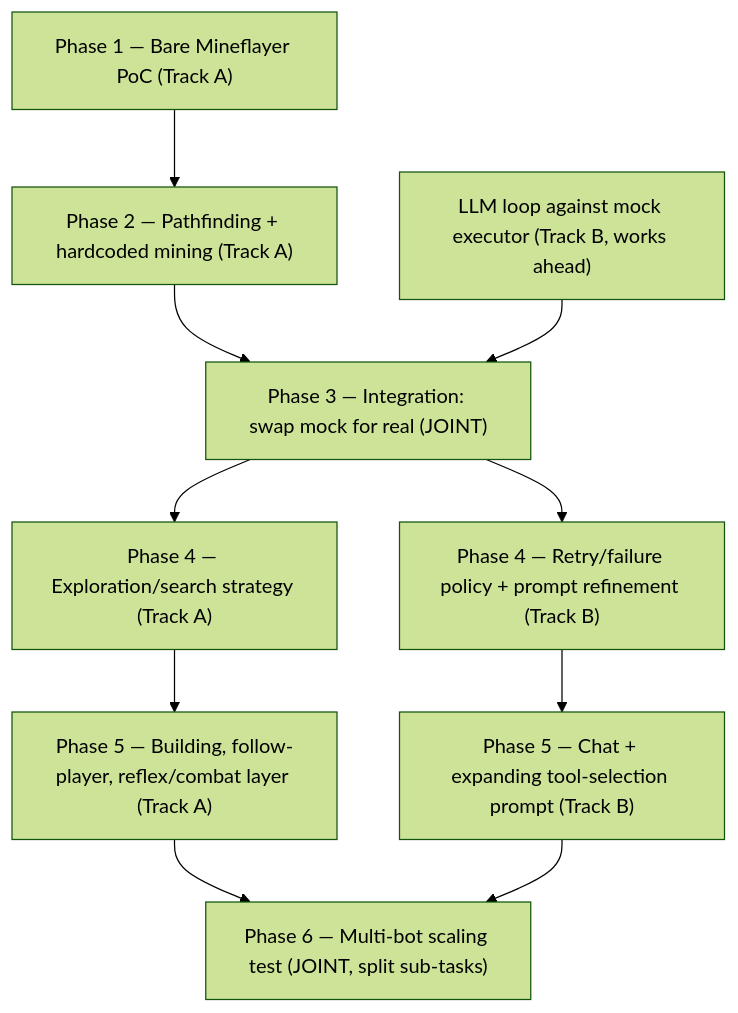
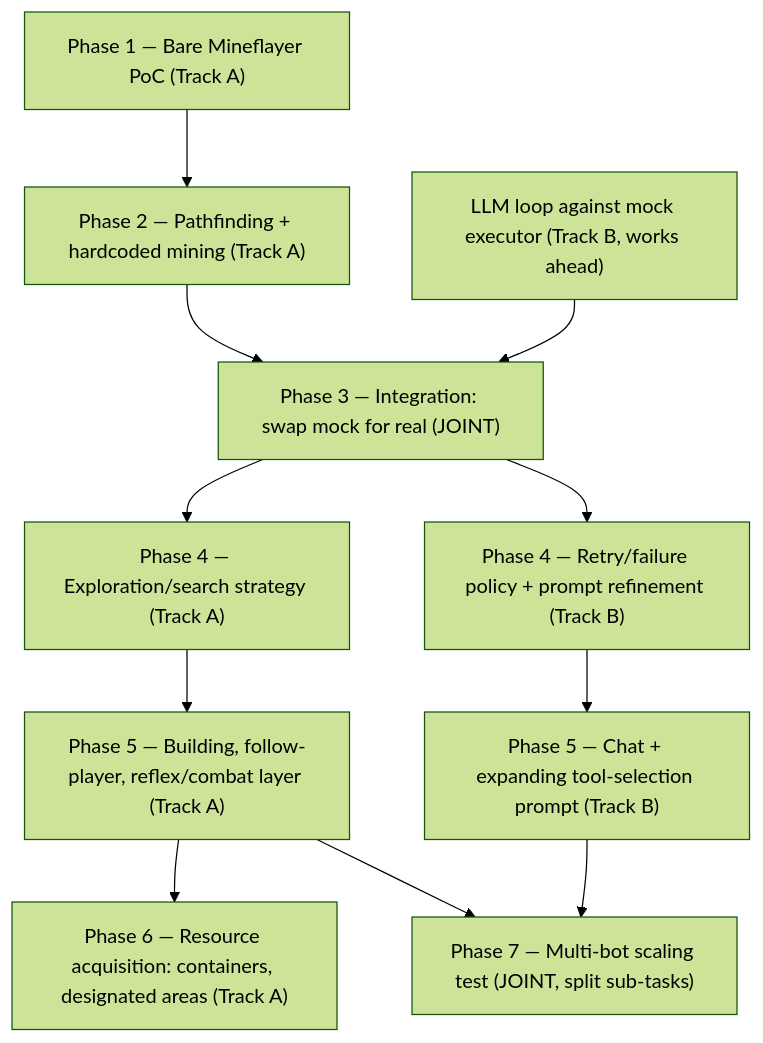
The diagram in docs/notes/Phase Plan and Parallel Work Split.md (rickyzam/minebot), drawn with Mermaid (forest theme) before and after one commit. The commit also changed other lines of this file and 2 other files, not shown here.

````diff
--- a/docs/notes/Phase Plan and Parallel Work Split.md
+++ b/docs/notes/Phase Plan and Parallel Work Split.md
@@ -34,21 +34,23 @@
 ```mermaid
 flowchart TD
     P1["Phase 1 — Bare Mineflayer PoC (Track A)"]
     P2["Phase 2 — Pathfinding + hardcoded mining (Track A)"]
     LLM["LLM loop against mock executor (Track B, works ahead)"]
     P3["Phase 3 — Integration: swap mock for real (JOINT)"]
     P4A["Phase 4 — Exploration/search strategy (Track A)"]
     P4B["Phase 4 — Retry/failure policy + prompt refinement (Track B)"]
     P5A["Phase 5 — Building, follow-player, reflex/combat layer (Track A)"]
     P5B["Phase 5 — Chat + expanding tool-selection prompt (Track B)"]
-    P6["Phase 6 — Multi-bot scaling test (JOINT, split sub-tasks)"]
+    P6["Phase 6 — Resource acquisition: containers, designated areas (Track A)"]
+    P7["Phase 7 — Multi-bot scaling test (JOINT, split sub-tasks)"]
 
     P1 --> P2 --> P3
     LLM --> P3
     P3 --> P4A
     P3 --> P4B
     P4A --> P5A
     P4B --> P5B
     P5A --> P6
-    P5B --> P6
+    P5A --> P7
+    P5B --> P7
 ```
````
